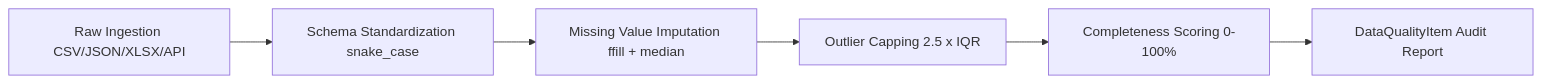
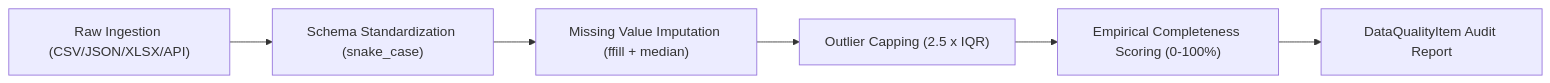
One commit to RohitKrSrivastava/Agentic-Policy-Analytics changed the diagram in DATA_SOURCES.md. Above: the diagram before and after it, drawn with Mermaid. The commit also changed other lines of this file and 38 other files, not shown here.

Commit message:
Issue source-grounded hallucination guard, dynamic query guardrails, empirical quality scoring, schema validation, and hardened CI

````diff
--- a/DATA_SOURCES.md
+++ b/DATA_SOURCES.md
@@ -85,8 +85,8 @@
 ```mermaid
 flowchart LR
-    A[Raw Ingestion CSV/JSON/XLSX/API] --> B[Schema Standardization snake_case]
-    B --> C[Missing Value Imputation ffill + median]
-    C --> D[Outlier Capping 2.5 x IQR]
-    D --> E[Completeness Scoring 0-100%]
-    E --> F[DataQualityItem Audit Report]
+    A["Raw Ingestion (CSV/JSON/XLSX/API)"] --> B["Schema Standardization (snake_case)"]
+    B --> C["Missing Value Imputation (ffill + median)"]
+    C --> D["Outlier Capping (2.5 x IQR)"]
+    D --> E["Empirical Completeness Scoring (0-100%)"]
+    E --> F["DataQualityItem Audit Report"]
 ```
````
